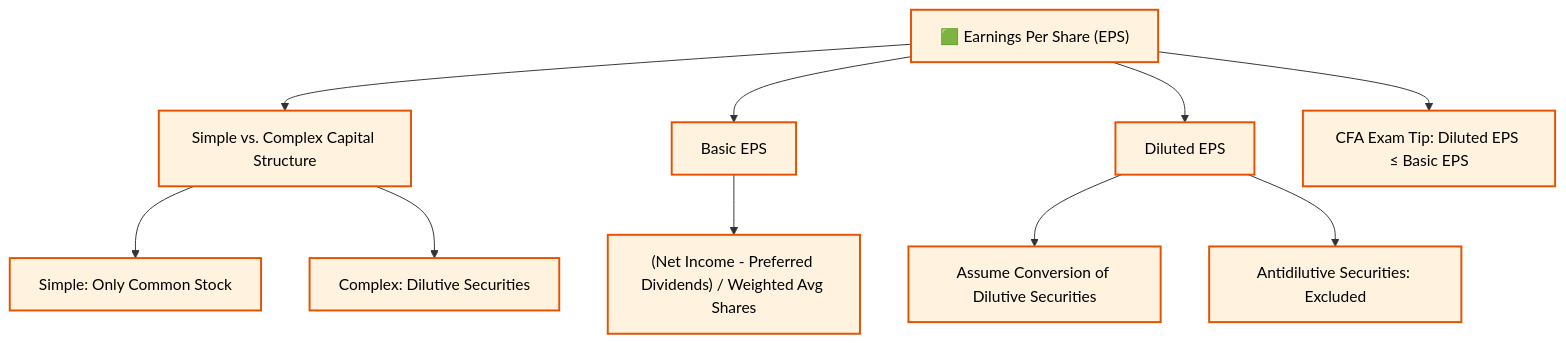
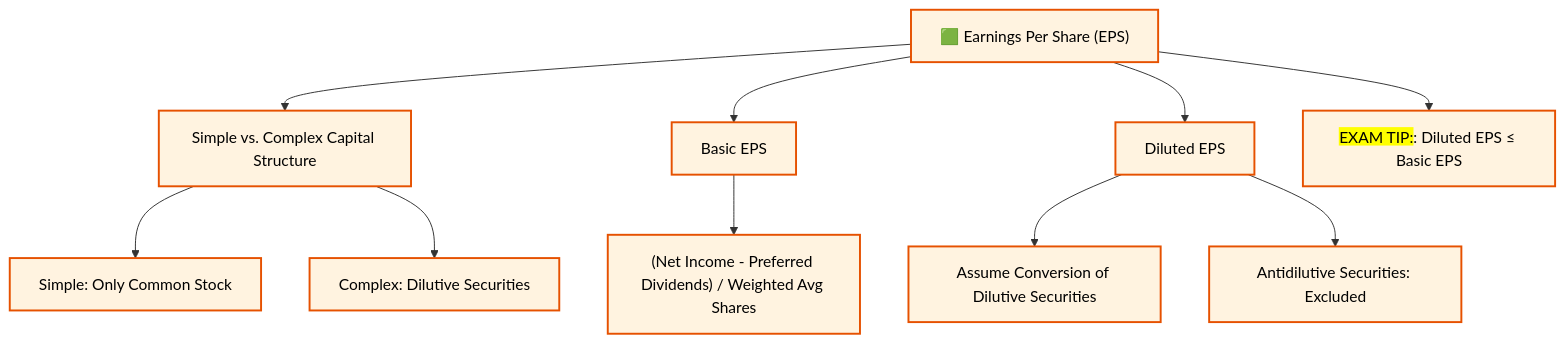
The fifth of 6 diagrams in LOS/FRA/CFAI/Module 2.md (agarwalvipin/open_cfa), drawn with Mermaid before and after one commit. The commit also changed other lines of this file and 26 other files, not shown here.

Commit message:
Enhance exam tips formatting across multiple readings for clarity and emphasis. Update CFA exam tips to include <mark>EXAM TIP:</mark> for better visibility. Adjust content in various modules and readings to ensure consistent presentation and highlight critical exam-related information.

````diff
--- a/LOS/FRA/CFAI/Module 2.md
+++ b/LOS/FRA/CFAI/Module 2.md
@@ -69,15 +69,15 @@
 ```mermaid
 flowchart TD
     E["🟩 Earnings Per Share (EPS)"] --> E1["Simple vs. Complex Capital Structure"]
     E1 --> E11["Simple: Only Common Stock"]
     E1 --> E12["Complex: Dilutive Securities"]
     E --> E2["Basic EPS"]
     E2 --> E21["(Net Income - Preferred Dividends) / Weighted Avg Shares"]
     E --> E3["Diluted EPS"]
     E3 --> E31["Assume Conversion of Dilutive Securities"]
     E3 --> E32["Antidilutive Securities: Excluded"]
-    E --> E4["CFA Exam Tip: Diluted EPS ≤ Basic EPS"]
+    E --> E4["<mark>EXAM TIP:</mark>: Diluted EPS ≤ Basic EPS"]
 
     classDef detailNode fill:#fff3e0,stroke:#e65100,stroke-width:2px,color:#000
     class E,E1,E11,E12,E2,E21,E3,E31,E32,E4 detailNode
 ```
````
